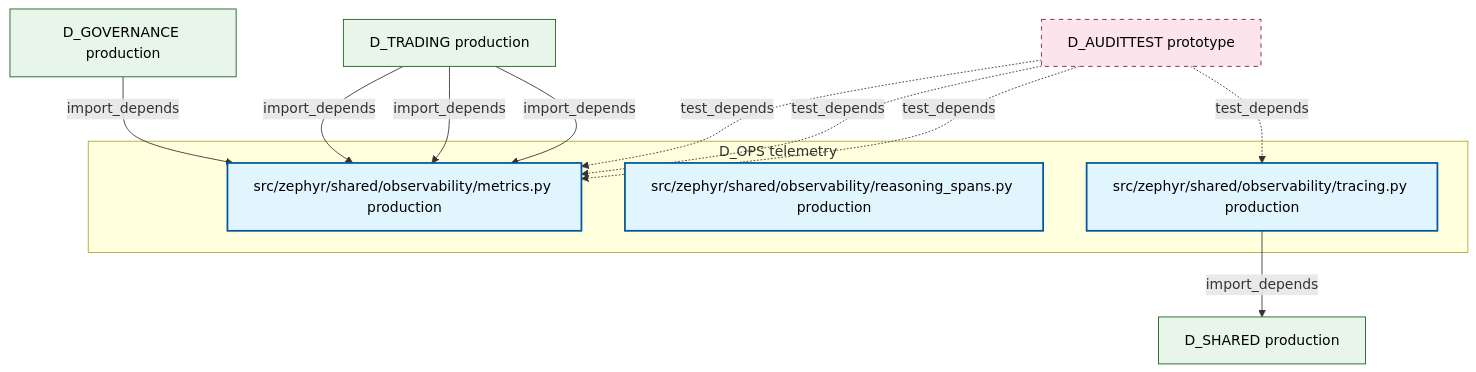
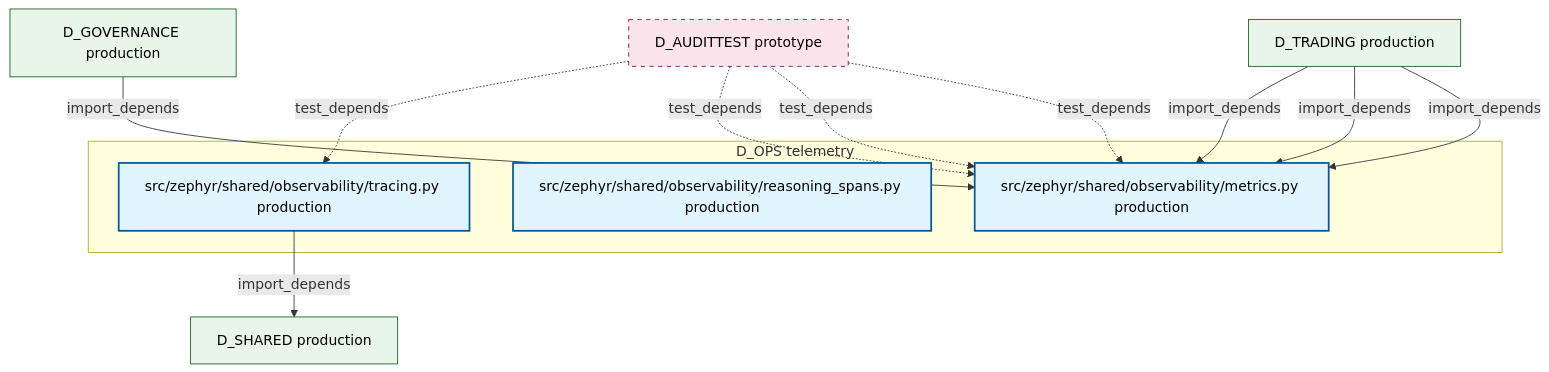
Before and after one commit to xuanFelixVan/ZephyrAlpha: the diagram in docs/02_enterprise_architecture/02_domain_architecture_docs/15_d_ops.md, drawn with Mermaid. The commit also changed other lines of this file and 99 other files, not shown here.

````diff
--- a/docs/02_enterprise_architecture/02_domain_architecture_docs/15_d_ops.md
+++ b/docs/02_enterprise_architecture/02_domain_architecture_docs/15_d_ops.md
@@ -47,28 +47,28 @@
 ```mermaid
 graph TD
     subgraph D_OPS["D_OPS telemetry"]
         src_zephyr_shared_observability_metrics_py["src/zephyr/shared/observability/metrics.py production"]
         src_zephyr_shared_observability_reasoning_spans_py["src/zephyr/shared/observability/reasoning_spans.py production"]
         src_zephyr_shared_observability_tracing_py["src/zephyr/shared/observability/tracing.py production"]
     end
     D_SHARED["D_SHARED production"]
     src_zephyr_shared_observability_tracing_py -->|import_depends| D_SHARED
+    D_AUDITTEST["D_AUDITTEST prototype"]
+    D_AUDITTEST -.->|test_depends| src_zephyr_shared_observability_tracing_py
     D_GOVERNANCE["D_GOVERNANCE production"]
     D_GOVERNANCE -->|import_depends| src_zephyr_shared_observability_metrics_py
+    D_AUDITTEST -.->|test_depends| src_zephyr_shared_observability_metrics_py
+    D_AUDITTEST -.->|test_depends| src_zephyr_shared_observability_metrics_py
+    D_AUDITTEST -.->|test_depends| src_zephyr_shared_observability_metrics_py
     D_TRADING["D_TRADING production"]
     D_TRADING -->|import_depends| src_zephyr_shared_observability_metrics_py
     D_TRADING -->|import_depends| src_zephyr_shared_observability_metrics_py
     D_TRADING -->|import_depends| src_zephyr_shared_observability_metrics_py
-    D_AUDITTEST["D_AUDITTEST prototype"]
-    D_AUDITTEST -.->|test_depends| src_zephyr_shared_observability_metrics_py
-    D_AUDITTEST -.->|test_depends| src_zephyr_shared_observability_metrics_py
-    D_AUDITTEST -.->|test_depends| src_zephyr_shared_observability_metrics_py
-    D_AUDITTEST -.->|test_depends| src_zephyr_shared_observability_tracing_py
     classDef production fill:#e1f5fe,stroke:#01579b,stroke-width:2px,color:#000
     classDef design fill:#fff3e0,stroke:#e65100,stroke-width:2px,color:#000,stroke-dasharray: 5 5
     classDef external_prod fill:#e8f5e9,stroke:#1b5e20,stroke-width:1px,color:#000
     classDef external_design fill:#fce4ec,stroke:#880e4f,stroke-width:1px,color:#000,stroke-dasharray: 5 5
     class src_zephyr_shared_observability_metrics_py,src_zephyr_shared_observability_reasoning_spans_py,src_zephyr_shared_observability_tracing_py production
     class D_SHARED,D_GOVERNANCE,D_TRADING external_prod
     class D_AUDITTEST external_design
 ```
````
